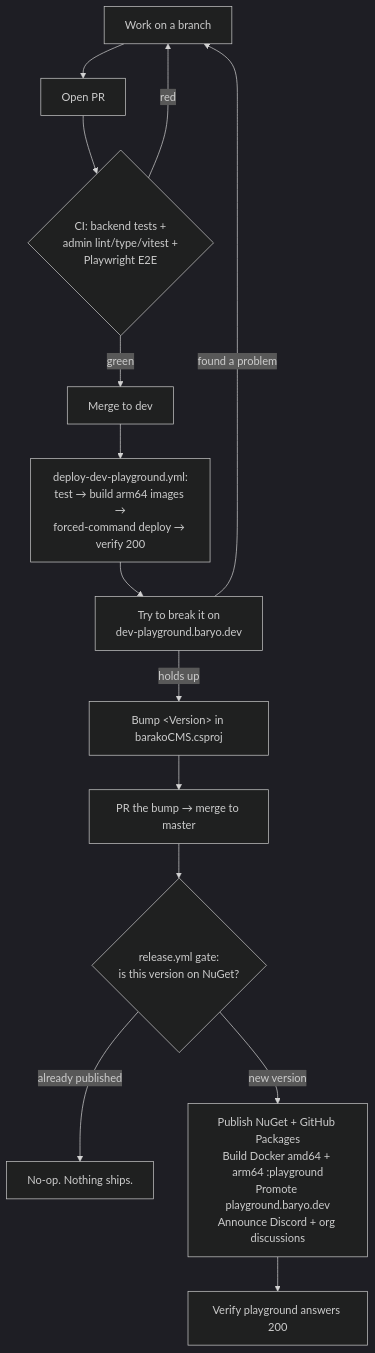
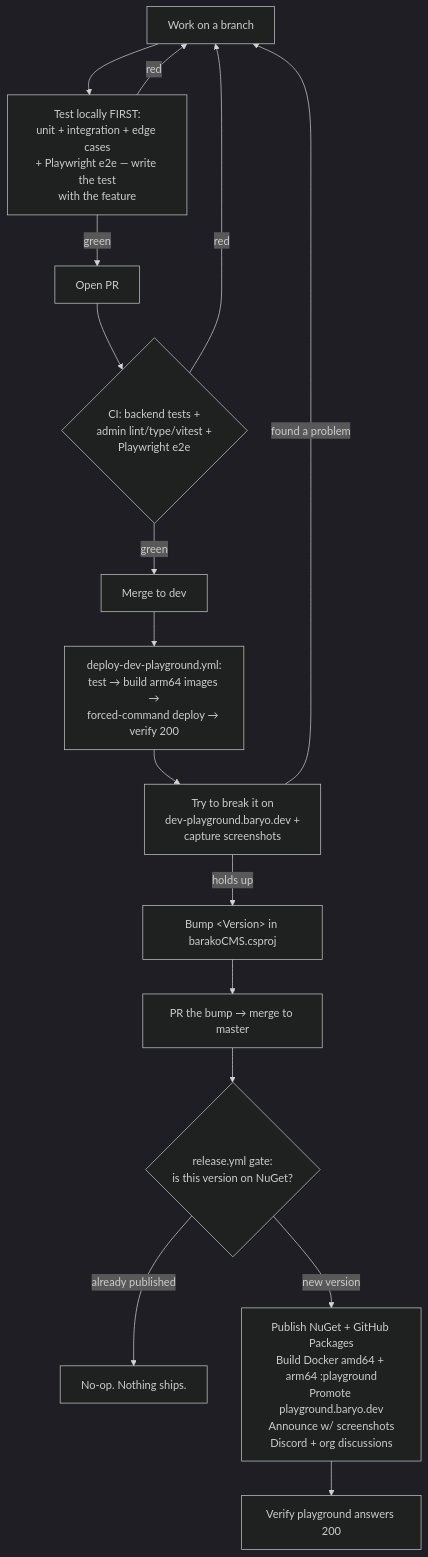
One commit to BaryoDev/barakoCMS changed the diagram in AI_DEVELOPMENT_LIFECYCLE.md. Above: the diagram before and after it, drawn with Mermaid (dark theme). The commit also changed other lines of this file and 3 other files, not shown here.

First line of the commit message:
test: e2e for field types + local-first testing in the lifecycle

````diff
--- a/AI_DEVELOPMENT_LIFECYCLE.md
+++ b/AI_DEVELOPMENT_LIFECYCLE.md
@@ -41,16 +41,18 @@
 ```mermaid
 flowchart TD
-    A[Work on a branch] --> B[Open PR]
-    B --> C{CI: backend tests +<br/>admin lint/type/vitest +<br/>Playwright E2E}
+    A[Work on a branch] --> Z[Test locally FIRST:<br/>unit + integration + edge cases<br/>+ Playwright e2e — write the test<br/>with the feature]
+    Z -- red --> A
+    Z -- green --> B[Open PR]
+    B --> C{CI: backend tests +<br/>admin lint/type/vitest +<br/>Playwright e2e}
     C -- red --> A
     C -- green --> D[Merge to dev]
     D --> E[deploy-dev-playground.yml:<br/>test → build arm64 images →<br/>forced-command deploy → verify 200]
-    E --> F[Try to break it on<br/>dev-playground.baryo.dev]
+    E --> F[Try to break it on<br/>dev-playground.baryo.dev +<br/>capture screenshots]
     F -- found a problem --> A
     F -- holds up --> G[Bump &lt;Version&gt; in barakoCMS.csproj]
     G --> H[PR the bump → merge to master]
     H --> I{release.yml gate:<br/>is this version on NuGet?}
     I -- already published --> J[No-op. Nothing ships.]
-    I -- new version --> K[Publish NuGet + GitHub Packages<br/>Build Docker amd64 + arm64 :playground<br/>Promote playground.baryo.dev<br/>Announce Discord + org discussions]
+    I -- new version --> K[Publish NuGet + GitHub Packages<br/>Build Docker amd64 + arm64 :playground<br/>Promote playground.baryo.dev<br/>Announce w/ screenshots<br/>Discord + org discussions]
     K --> L[Verify playground answers 200]
 ```
````
